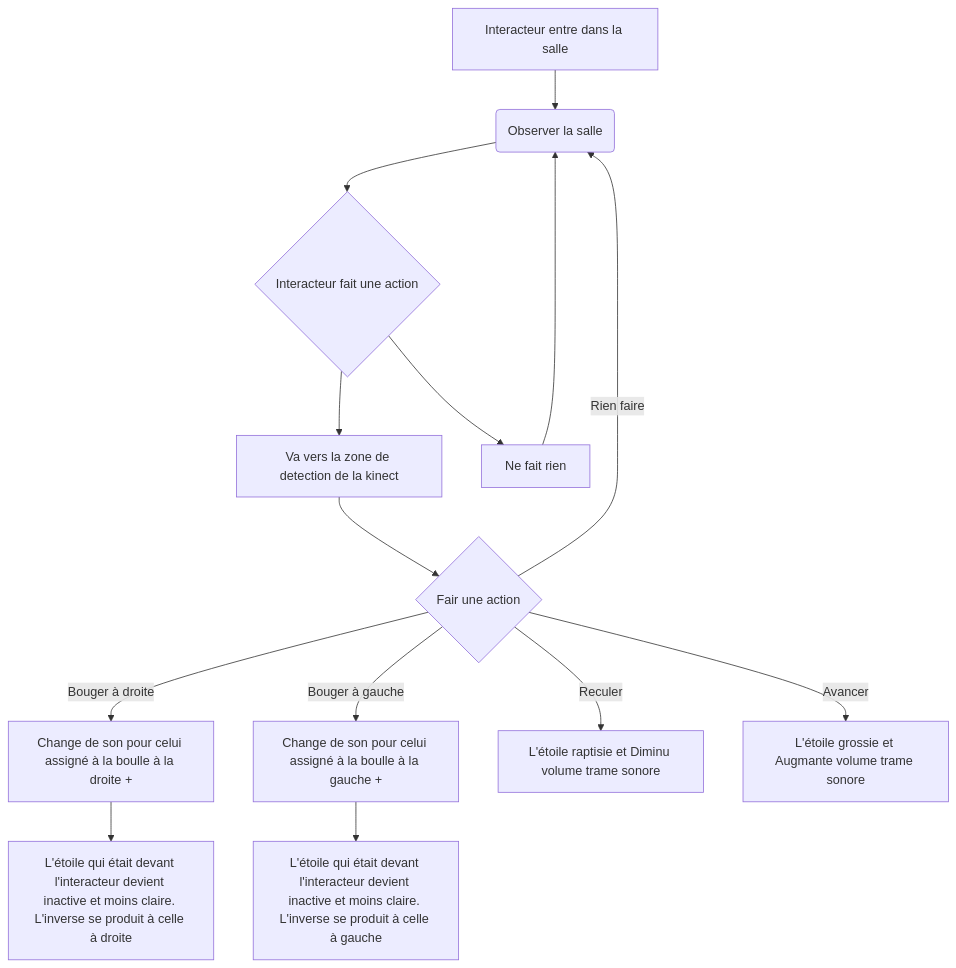
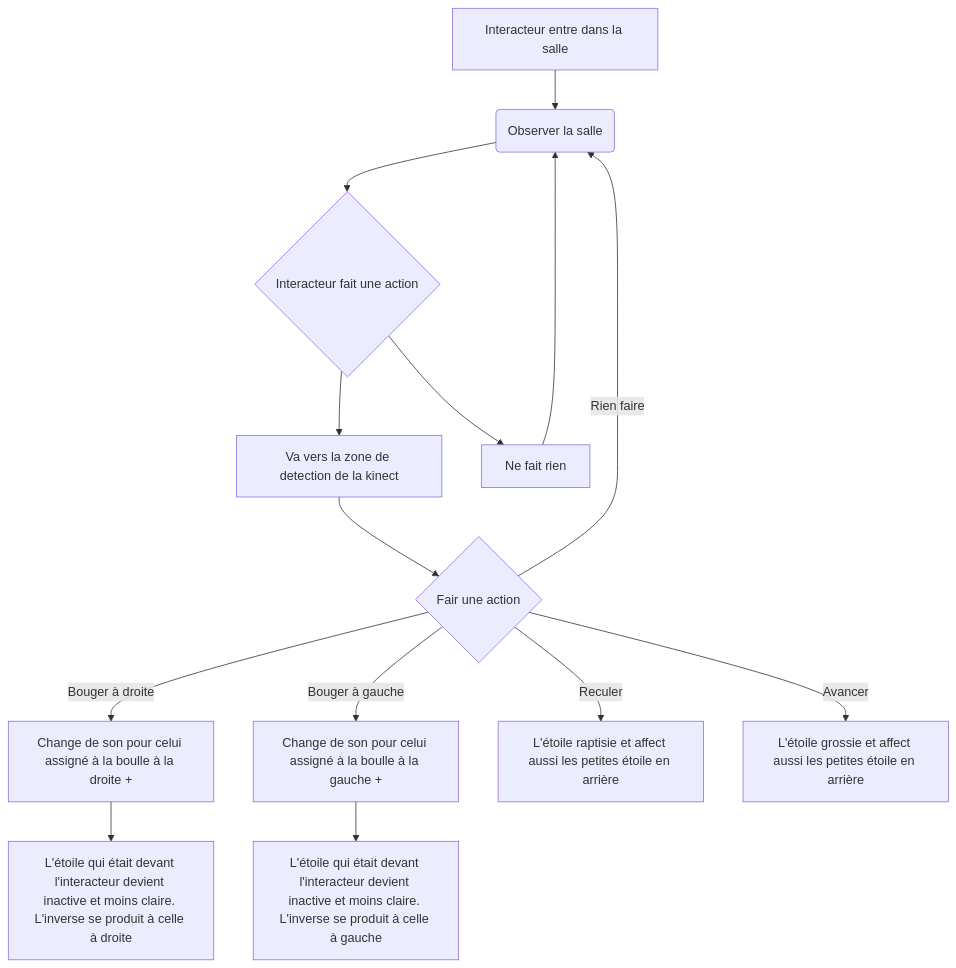
The diagram in README.md (victorgileau/piano_etoile_scenarisation_projet), drawn with Mermaid before and after one commit. The commit also changed other lines of this file, not shown here.

Commit message:
Update README.md-ajout_info_scenario

````diff
--- a/README.md
+++ b/README.md
@@ -46,16 +48,16 @@
 ```mermaid
 flowchart TD
     A[Interacteur entre dans la salle] --> B(Observer la salle)
     B --> C{Interacteur fait une action}
     C --> D[Va vers la zone de detection de la kinect]
     C --> E[Ne fait rien]
     E --> B
     D --> F{Fair une action}
     F -->|Bouger à droite| G[Change de son pour celui assigné à la boulle à la droite + ]
     F -->|Bouger à gauche| H[Change de son pour celui assigné à la boulle à la gauche + ]
-    F -->|Reculer| I[L'étoile raptisie et Diminu volume trame sonore]
-    F -->|Avancer| J[L'étoile grossie et Augmante volume trame sonore]
+    F -->|Reculer| I[L'étoile raptisie et affect aussi les petites étoile en arrière]
+    F -->|Avancer| J[L'étoile grossie et affect aussi les petites étoile en arrière]
     F -->|Rien faire| B
     G --> K[L'étoile qui était devant l'interacteur devient inactive et moins claire. L'inverse se produit à celle à droite]
     H --> L[L'étoile qui était devant l'interacteur devient inactive et moins claire. L'inverse se produit à celle à gauche]
 ```
````
